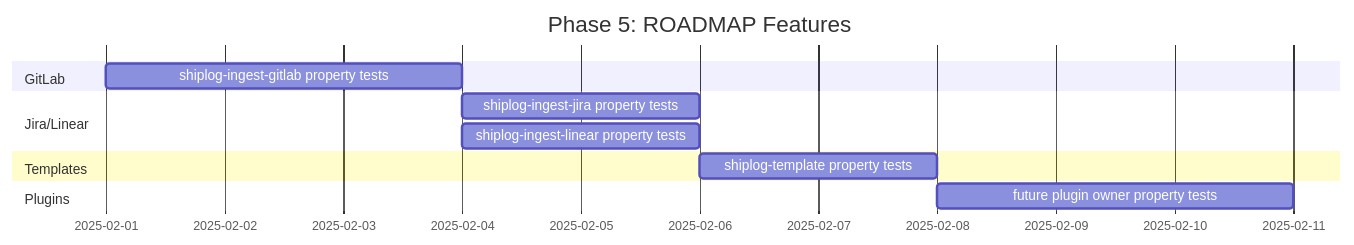
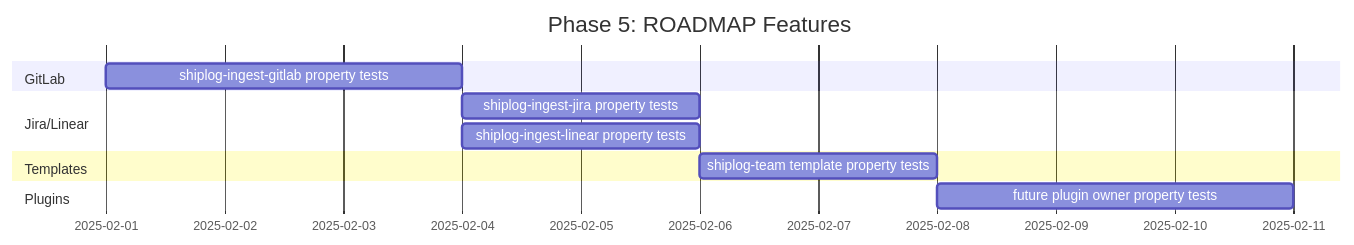
Before and after one commit to EffortlessMetrics/shiplog: diagram 13 of 13 in plans/property-testing-strategy.md, drawn with Mermaid. The commit also changed other lines of this file and 32 other files, not shown here.

````diff
--- a/plans/property-testing-strategy.md
+++ b/plans/property-testing-strategy.md
@@ -2028,14 +2028,14 @@
 ```mermaid
 gantt
     title Phase 5: ROADMAP Features
     dateFormat  YYYY-MM-DD
     section GitLab
     shiplog-ingest-gitlab property tests       :a1, 2025-02-01, 3d
     section Jira/Linear
     shiplog-ingest-jira property tests         :b1, after a1, 2d
     shiplog-ingest-linear property tests       :b2, after a1, 2d
     section Templates
-    shiplog-template property tests            :c1, after b1, 2d
+    shiplog-team template property tests       :c1, after b1, 2d
     section Plugins
     future plugin owner property tests         :d1, after c1, 3d
 ```
````
